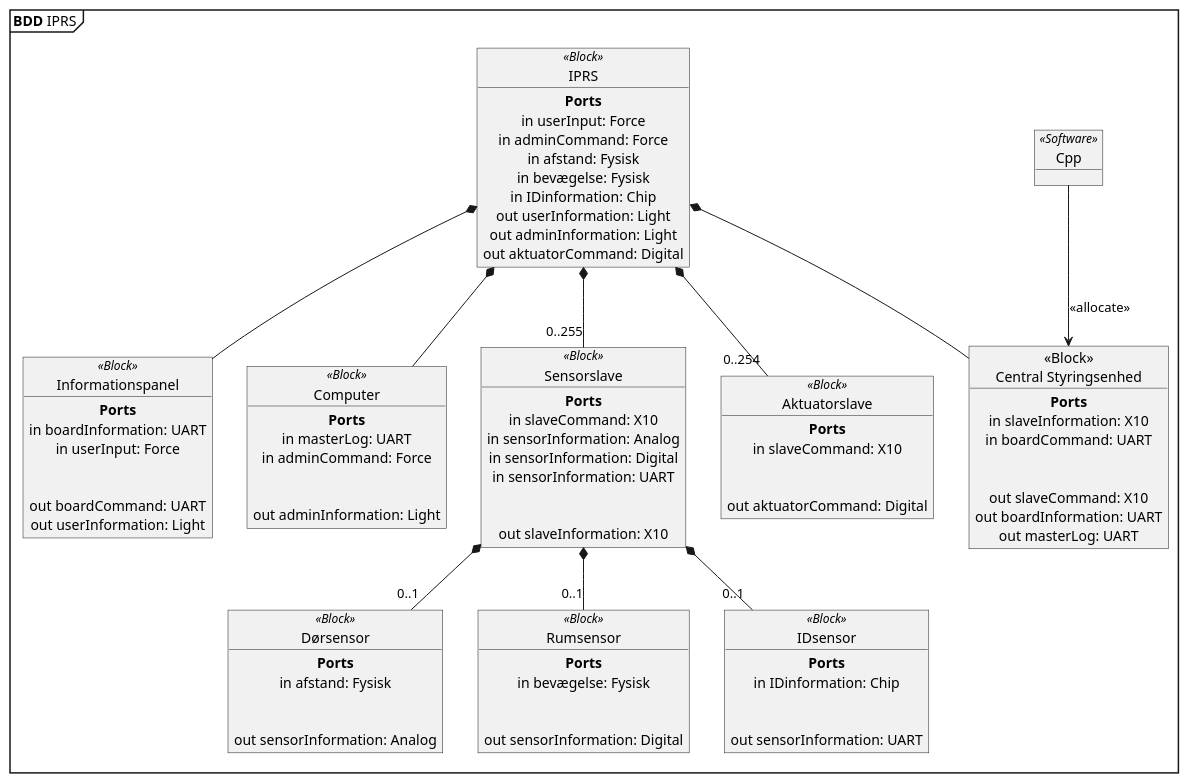
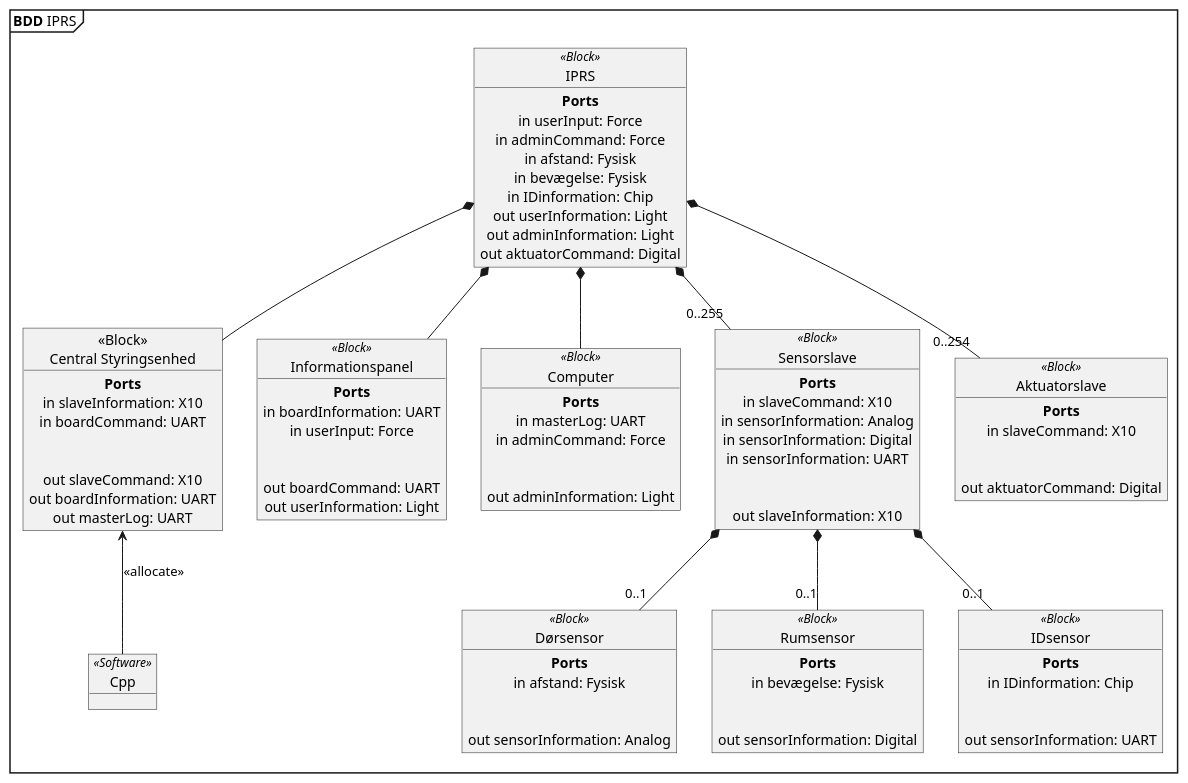
The diagram in SysML/Hardware Arkitektur/BDD.puml (Tukkel/Projekt_2), drawn with PlantUML before and after one commit.

Commit message:
Changed possition

```diff
--- a/SysML/Hardware Arkitektur/BDD.puml
+++ b/SysML/Hardware Arkitektur/BDD.puml
@@ -1,97 +1,97 @@
 @startuml BDD IPRS
 skinparam defaultTextAlignment center
 
 mainframe **BDD** IPRS
 
 
 object IPRS <<Block>>  {
 **Ports**
 in userInput: Force
 in adminCommand: Force
 in afstand: Fysisk
 in bevægelse: Fysisk
 in IDinformation: Chip
 out userInformation: Light
 out adminInformation: Light
 out aktuatorCommand: Digital
 }
 
 object "<<Block>>\nCentral Styringsenhed" as master {
 **Ports**
 in slaveInformation: X10
 in boardCommand: UART
 \n
 out slaveCommand: X10
 out boardInformation: UART
 out masterLog: UART
 }
 
 object Informationspanel <<Block>> {
 **Ports**
 in boardInformation: UART
 in userInput: Force
 \n
 out boardCommand: UART
 out userInformation: Light
 }
 
 object Computer <<Block>> {
 **Ports**
 in masterLog: UART
 in adminCommand: Force
 \n
 out adminInformation: Light
 }
 ' Måske mus/tastetur
 
 object Sensorslave <<Block>> {
 **Ports**
 in slaveCommand: X10
 in sensorInformation: Analog
 in sensorInformation: Digital
 in sensorInformation: UART
 \n
 out slaveInformation: X10
 }
 
 object Aktuatorslave <<Block>> {
 **Ports**
 in slaveCommand: X10
 \n
 out aktuatorCommand: Digital
 }
 
 object Dørsensor <<Block>>  {
 **Ports**
 in afstand: Fysisk
 \n
 out sensorInformation: Analog
 }
 
 object Rumsensor <<Block>>  {
 **Ports**
 in bevægelse: Fysisk
 \n
 out sensorInformation: Digital
 }
 
 object IDsensor <<Block>> {
 **Ports**
 in IDinformation: Chip
 \n
 out sensorInformation: UART
 }
 
 object Cpp <<Software>> {
 }
 
-Cpp --> master : "<<allocate>>" 
+master <-- Cpp  : "<<allocate>>" 
 IPRS *-- master
 IPRS *-- Informationspanel
 IPRS *-- Computer
 IPRS *-- "0..254" Aktuatorslave
 IPRS *-- "0..255" Sensorslave
 Sensorslave  *-- "0..1" Dørsensor 
 Sensorslave *-- "0..1" Rumsensor
 Sensorslave *-- "0..1" IDsensor
 @enduml
```
